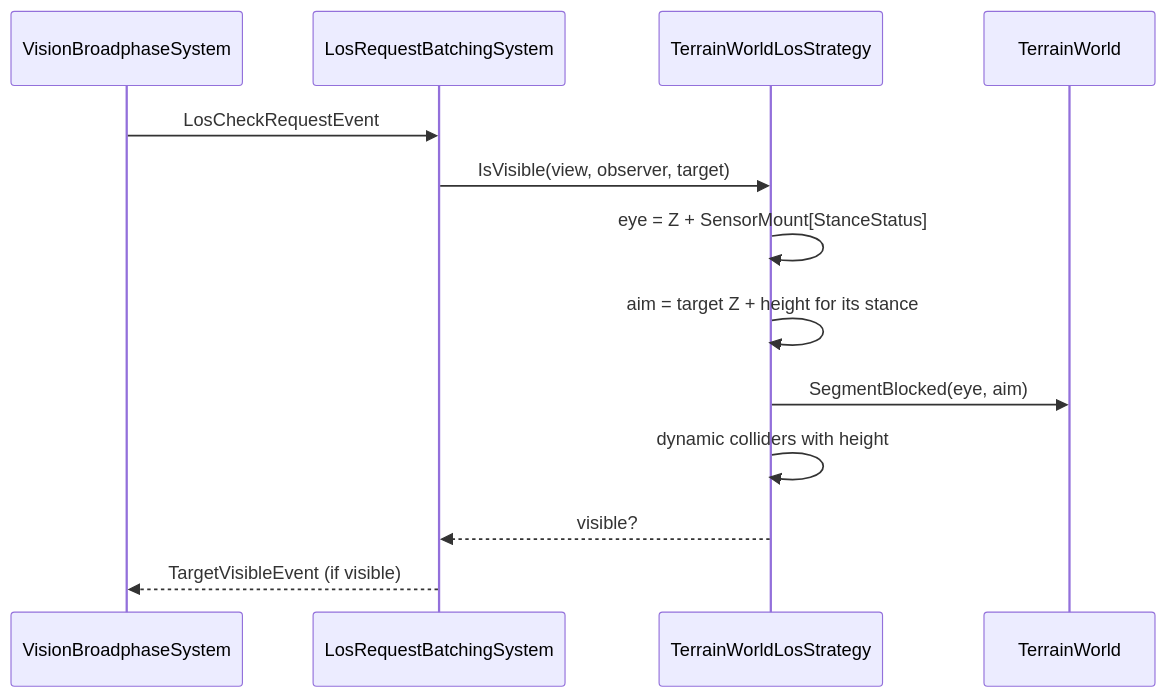
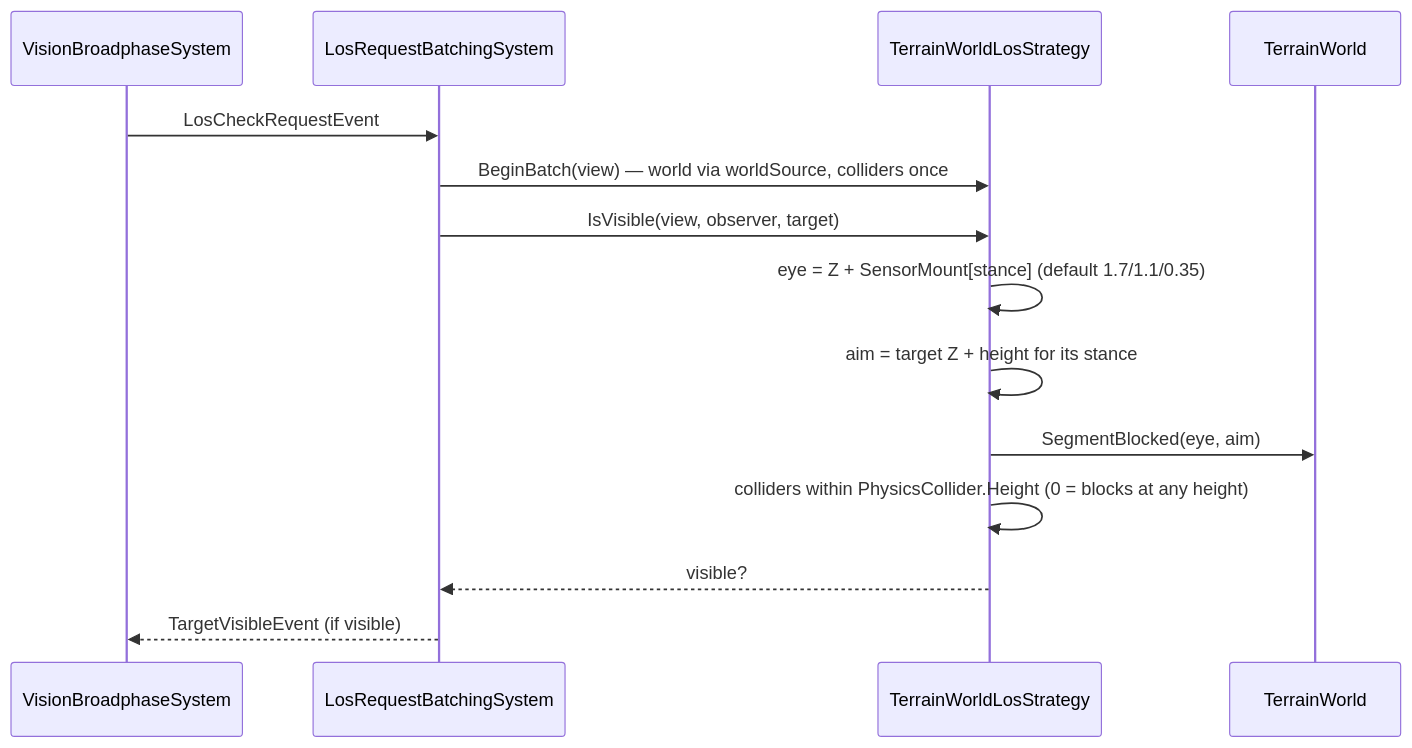
Before and after one commit to pjanec/HROT: the fourth of 5 diagrams in docs/DESIGN_Terrain_World.md, drawn with Mermaid. The commit also changed other lines of this file and 38 other files, not shown here.

````diff
--- a/docs/DESIGN_Terrain_World.md
+++ b/docs/DESIGN_Terrain_World.md
@@ -246,15 +274,16 @@
 ```mermaid
 sequenceDiagram
   participant V as VisionBroadphaseSystem
   participant L as LosRequestBatchingSystem
   participant S as TerrainWorldLosStrategy
   participant W as TerrainWorld
   V->>L: LosCheckRequestEvent
+  L->>S: BeginBatch(view) — world via worldSource, colliders once
   L->>S: IsVisible(view, observer, target)
-  S->>S: eye = Z + SensorMount[StanceStatus]
+  S->>S: eye = Z + SensorMount[stance] (default 1.7/1.1/0.35)
   S->>S: aim = target Z + height for its stance
   S->>W: SegmentBlocked(eye, aim)
-  S->>S: dynamic colliders with height
+  S->>S: colliders within PhysicsCollider.Height (0 = blocks at any height)
   S-->>L: visible?
   L-->>V: TargetVisibleEvent (if visible)
 ```
````
